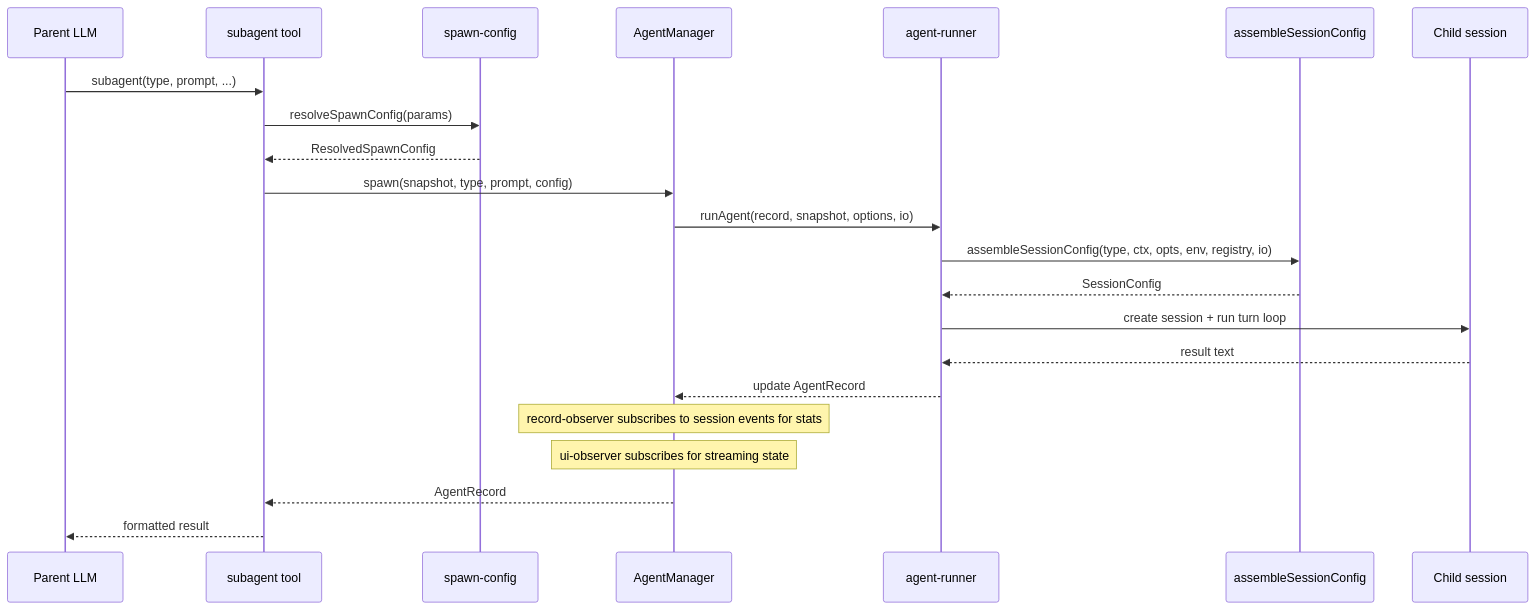
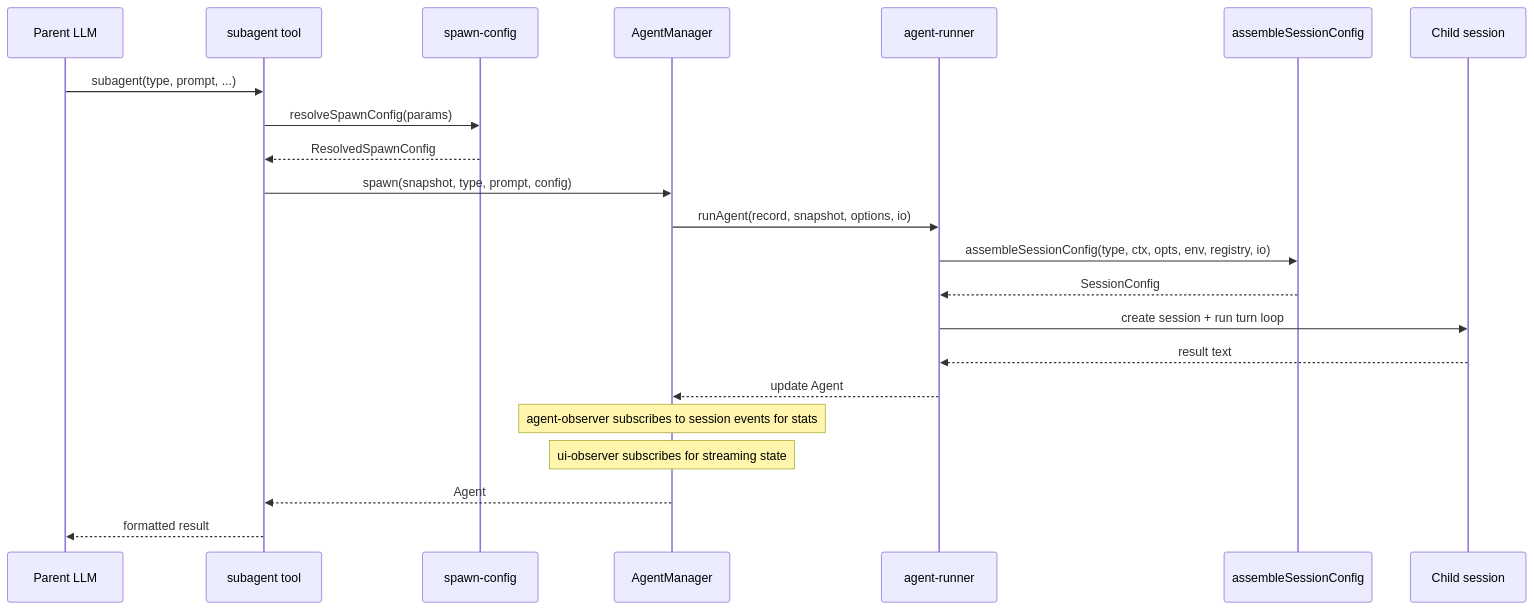
One commit to ttdua/pi-subagents changed the fourth of 6 diagrams in docs/architecture/architecture.md. Above: the diagram before and after it, drawn with Mermaid. The commit also changed other lines of this file and 1 other file, not shown here.

Commit message:
docs(pi-subagents): update architecture for Agent rename (#227)

````diff
--- a/docs/architecture/architecture.md
+++ b/docs/architecture/architecture.md
@@ -200,25 +203,25 @@
 ```mermaid
 sequenceDiagram
     participant LLM as Parent LLM
     participant Tool as subagent tool
     participant Spawn as spawn-config
     participant Mgr as AgentManager
     participant Runner as agent-runner
     participant Asm as assembleSessionConfig
     participant Child as Child session
 
     LLM->>Tool: subagent(type, prompt, ...)
     Tool->>Spawn: resolveSpawnConfig(params)
     Spawn-->>Tool: ResolvedSpawnConfig
     Tool->>Mgr: spawn(snapshot, type, prompt, config)
     Mgr->>Runner: runAgent(record, snapshot, options, io)
     Runner->>Asm: assembleSessionConfig(type, ctx, opts, env, registry, io)
     Asm-->>Runner: SessionConfig
     Runner->>Child: create session + run turn loop
     Child-->>Runner: result text
-    Runner-->>Mgr: update AgentRecord
-    Note over Mgr: record-observer subscribes to session events for stats
+    Runner-->>Mgr: update Agent
+    Note over Mgr: agent-observer subscribes to session events for stats
     Note over Mgr: ui-observer subscribes for streaming state
-    Mgr-->>Tool: AgentRecord
+    Mgr-->>Tool: Agent
     Tool-->>LLM: formatted result
 ```
````
